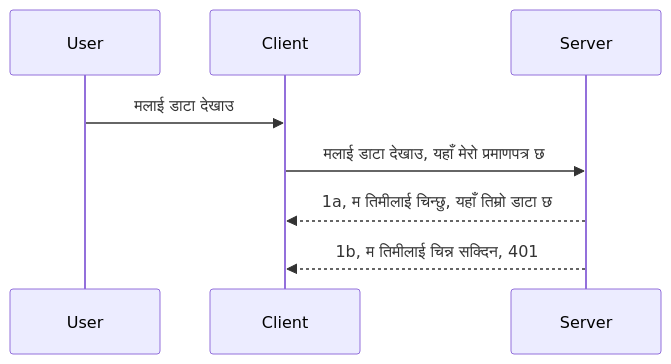
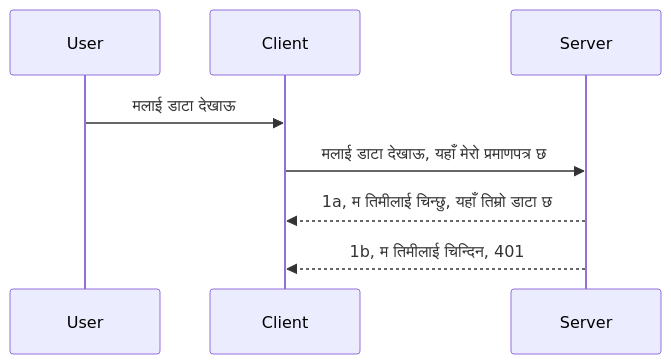
The diagram in mcp_ecosystem__model_context_protocol/mcp_learning_resources/mcp-for-beginners/translations/ne/03-GettingStarted/11-simple-auth/README.md (HIDORAKAI002/ai-workspace-archive), drawn with Mermaid before and after one commit. The commit also changed other lines of this file and 1160 other files, not shown here.

````diff
--- a/mcp_ecosystem__model_context_protocol/mcp_learning_resources/mcp-for-beginners/translations/ne/03-GettingStarted/11-simple-auth/README.md
+++ b/mcp_ecosystem__model_context_protocol/mcp_learning_resources/mcp-for-beginners/translations/ne/03-GettingStarted/11-simple-auth/README.md
@@ -24,11 +24,11 @@
 ```mermaid
 sequenceDiagram
    participant User
    participant Client
    participant Server
 
-   User->>Client: मलाई डाटा देखाउ
-   Client->>Server: मलाई डाटा देखाउ, यहाँ मेरो प्रमाणपत्र छ
+   User->>Client: मलाई डाटा देखाऊ
+   Client->>Server: मलाई डाटा देखाऊ, यहाँ मेरो प्रमाणपत्र छ
    Server-->>Client: 1a, म तिमीलाई चिन्छु, यहाँ तिम्रो डाटा छ
-   Server-->>Client: 1b, म तिमीलाई चिन्न सक्दिन, 401 
+   Server-->>Client: 1b, म तिमीलाई चिन्दिन, 401 
 ```
````
